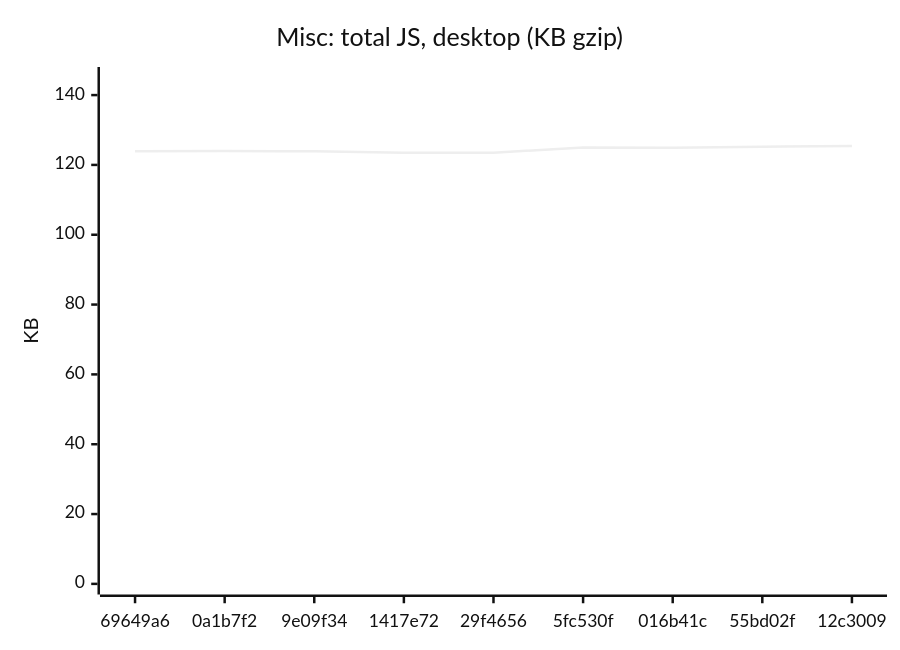
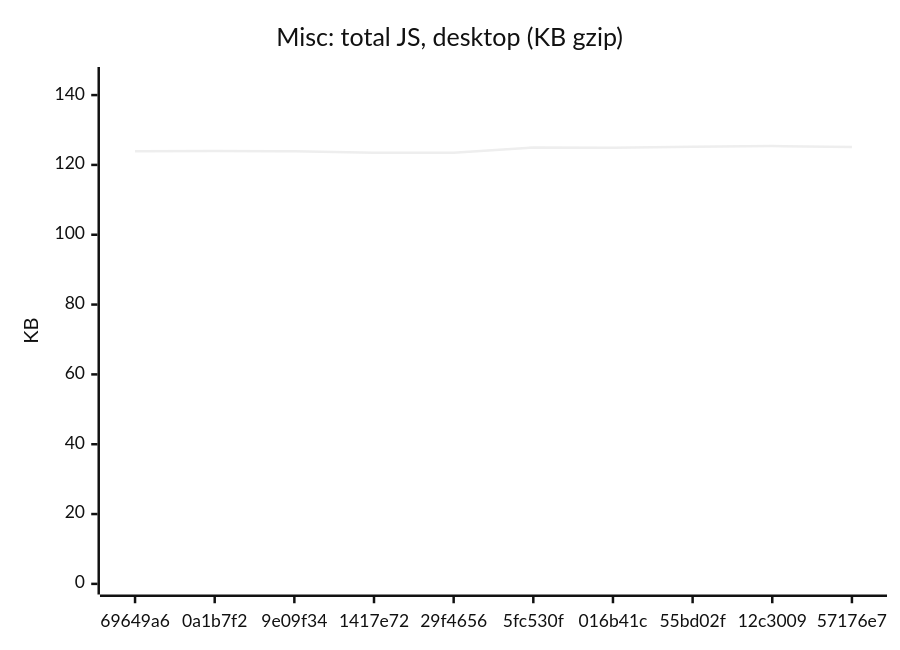
One commit to AxelUser/maltsev.space changed the seventh of 18 diagrams in README.md. Above: the diagram before and after it, drawn with Mermaid (neutral theme). The commit also changed other lines of this file and 1 other file, not shown here.

````diff
--- a/README.md
+++ b/README.md
@@ -89,7 +89,7 @@
 ```mermaid
 xychart-beta
   title "Misc: total JS, desktop (KB gzip)"
-  x-axis ["69649a6", "0a1b7f2", "9e09f34", "1417e72", "29f4656", "5fc530f", "016b41c", "55bd02f", "12c3009"]
+  x-axis ["69649a6", "0a1b7f2", "9e09f34", "1417e72", "29f4656", "5fc530f", "016b41c", "55bd02f", "12c3009", "57176e7"]
   y-axis "KB" 0 --> 145
-  line [123.9, 124, 123.9, 123.5, 123.5, 125, 124.9, 125.2, 125.4]
+  line [123.9, 124, 123.9, 123.5, 123.5, 125, 124.9, 125.2, 125.4, 125.1]
 ```
````
